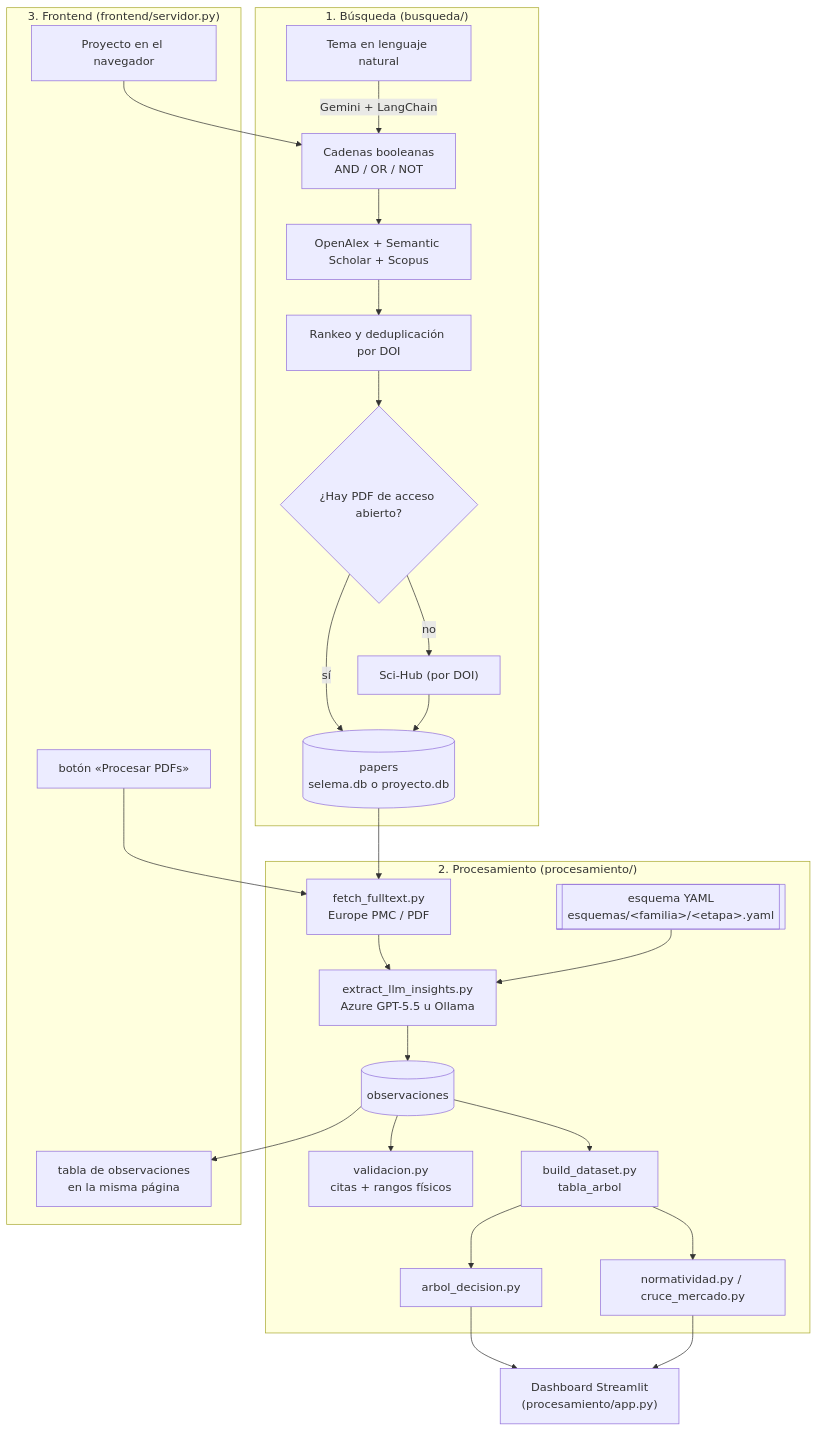
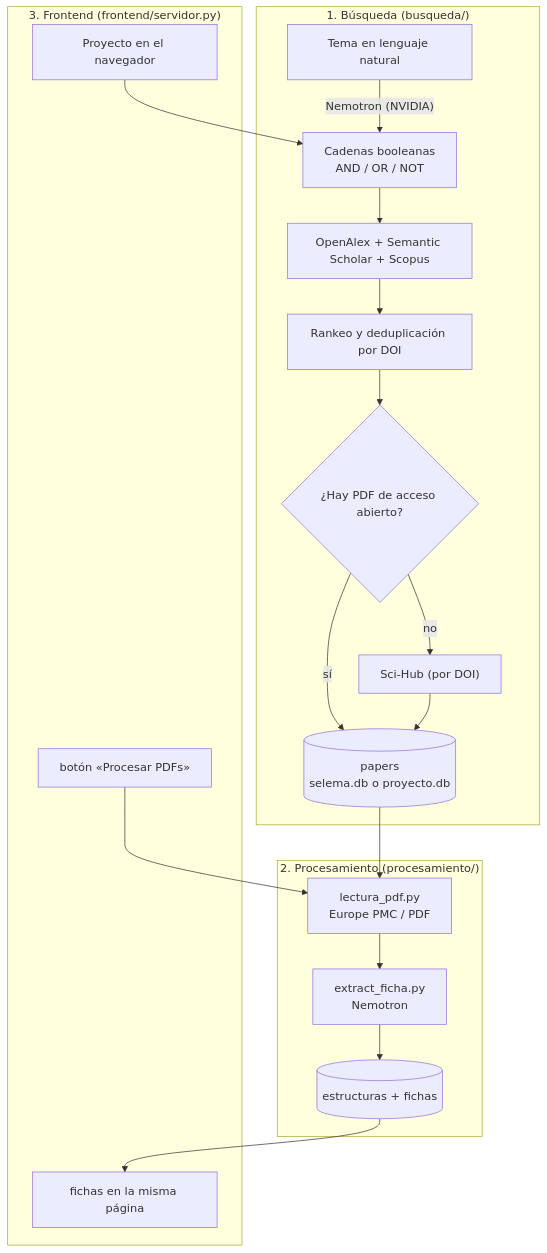
Before and after one commit to Makkima16/Research-Automator: the diagram in README.md, drawn with Mermaid. The commit also changed other lines of this file and 118 other files, not shown here.

````diff
--- a/README.md
+++ b/README.md
@@ -15,33 +15,24 @@
 ```mermaid
 flowchart TD
     subgraph BUSQUEDA["1. Búsqueda (busqueda/)"]
-        A["Tema en lenguaje natural"] -->|"Gemini + LangChain"| B["Cadenas booleanas<br/>AND / OR / NOT"]
+        A["Tema en lenguaje natural"] -->|"Nemotron (NVIDIA)"| B["Cadenas booleanas<br/>AND / OR / NOT"]
         B --> C["OpenAlex + Semantic Scholar + Scopus"]
         C --> D["Rankeo y deduplicación por DOI"]
         D --> E{"¿Hay PDF de acceso abierto?"}
         E -->|"no"| F["Sci-Hub (por DOI)"]
         E -->|"sí"| G[("papers<br/>selema.db o proyecto.db")]
         F --> G
     end
 
     subgraph PROCESAMIENTO["2. Procesamiento (procesamiento/)"]
-        ESQ[["esquema YAML<br/>esquemas/&lt;familia&gt;/&lt;etapa&gt;.yaml"]]
-        G --> H["fetch_fulltext.py<br/>Europe PMC / PDF"]
-        H --> I["extract_llm_insights.py<br/>Azure GPT-5.5 u Ollama"]
-        ESQ --> I
-        I --> J[("observaciones")]
-        J --> K["validacion.py<br/>citas + rangos físicos"]
-        J --> L["build_dataset.py<br/>tabla_arbol"]
-        L --> M["arbol_decision.py"]
-        L --> N["normatividad.py / cruce_mercado.py"]
+        G --> H["lectura_pdf.py<br/>Europe PMC / PDF"]
+        H --> I["extract_ficha.py<br/>Nemotron"]
+        I --> J[("estructuras + fichas")]
     end
 
     subgraph FRONTEND["3. Frontend (frontend/servidor.py)"]
         W["Proyecto en el navegador"] --> B
         PB["botón «Procesar PDFs»"] --> H
-        J --> TW["tabla de observaciones<br/>en la misma página"]
+        J --> TW["fichas en la misma página"]
     end
-
-    M --> DASH["Dashboard Streamlit<br/>(procesamiento/app.py)"]
-    N --> DASH
 ```
````
